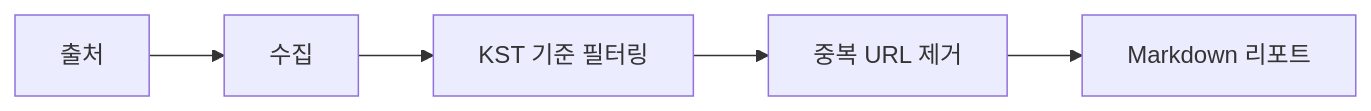
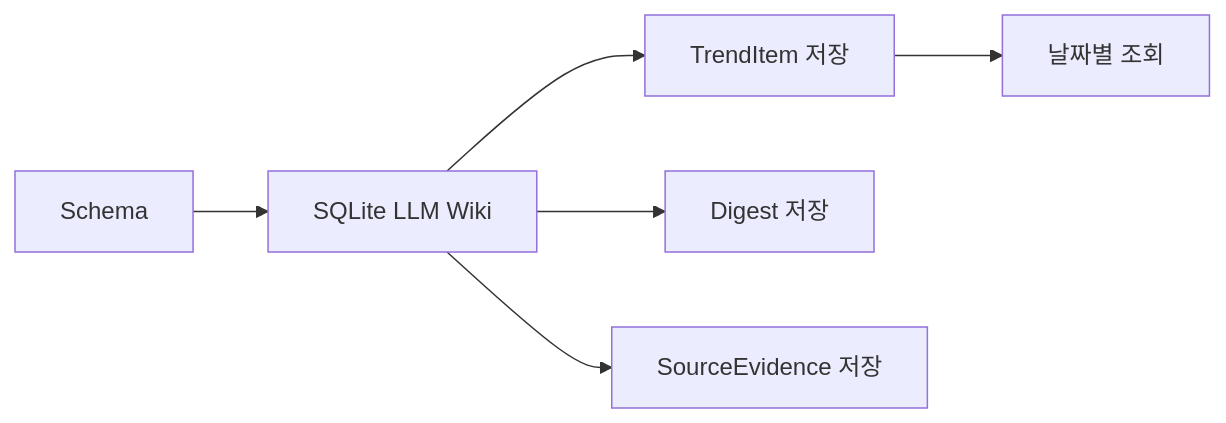
The second of 2 diagrams in README.md (SujinHuh/ai-trend-agent), drawn with Mermaid before and after one commit. The commit also changed other lines of this file and 1 other file, not shown here.

````diff
--- a/README.md
+++ b/README.md
@@ -83,7 +84,8 @@
 ```mermaid
 flowchart LR
-  A[출처] --> B[수집]
-  B --> C[KST 기준 필터링]
-  C --> D[중복 URL 제거]
-  D --> E[Markdown 리포트]
+  A[Schema] --> B[SQLite LLM Wiki]
+  B --> C[TrendItem 저장]
+  B --> D[Digest 저장]
+  B --> E[SourceEvidence 저장]
+  C --> F[날짜별 조회]
 ```
````
